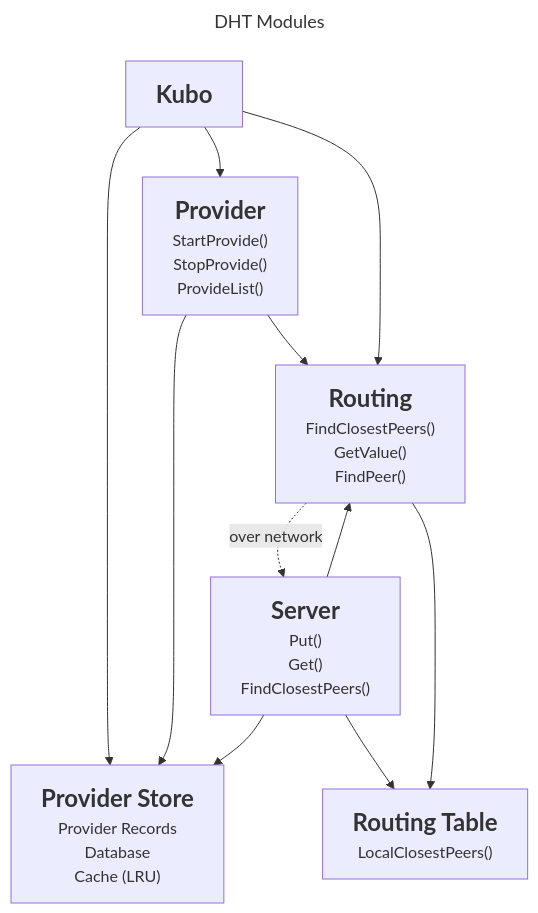
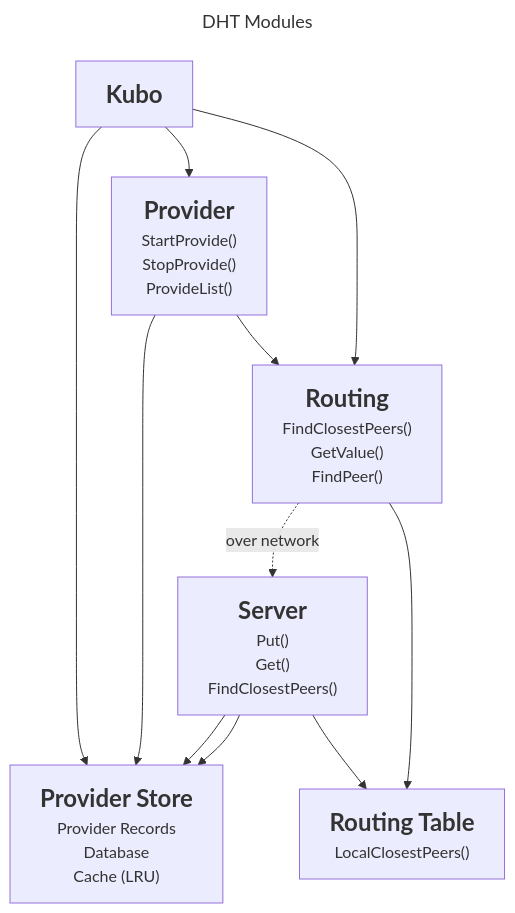
The second of 2 diagrams in design/README.md (guillaumemichel/go-libp2p-kad-dht), drawn with Mermaid before and after one commit. The commit also changed other lines of this file, not shown here.

````diff
--- a/design/README.md
+++ b/design/README.md
@@ -102,16 +102,16 @@
 ```mermaid
 ---
 title: DHT Modules
 ---
 flowchart TD
     K["<font size=5><b>Kubo</b></font>"] --> P["<font size=5><b>Provider</b></font><br>StartProvide()<br>StopProvide()<br>ProvideList()"]
     K --> PS["<font size=5><b>Provider Store</b></font><br>Provider Records<br>Database<br>Cache (LRU)"]
     P --> PS
     P --> R
     K --> R["<font size=5><b>Routing</b></font><br>FindClosestPeers()<br>GetValue()<br>FindPeer()"]
     S["<font size=5><b>Server</b></font><br>Put()<br>Get()<br>FindClosestPeers()"] --> PS
     R -.->|over network| S
-    S --> R
+    S --> PS
     S --> RT["<font size=5><b>Routing Table</b></font><br>LocalClosestPeers()"]
     R --> RT
 ```
````
